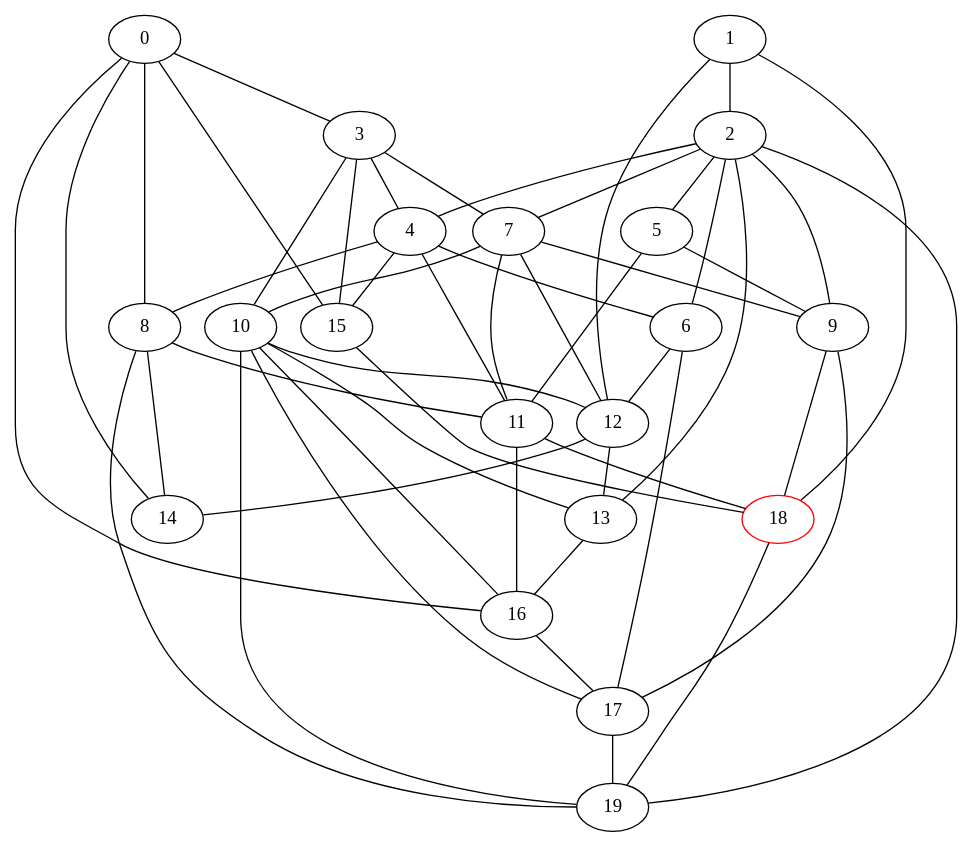
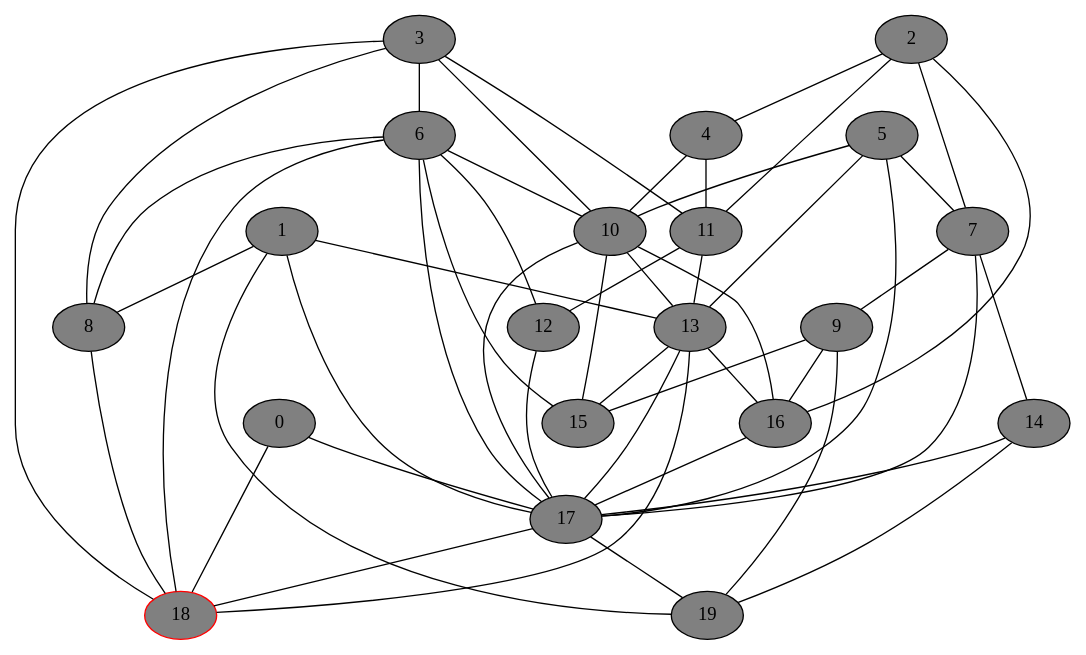
One commit to DSMishler/EBA_models changed the diagram in gv_graphs/nxt0493.dot. Above: the diagram before and after it, drawn with Graphviz. The commit also changed 1043 other files, not shown here.

Commit message:
second set of graphs

```diff
--- a/gv_graphs/nxt0493.dot
+++ b/gv_graphs/nxt0493.dot
@@ -1,74 +1,74 @@
 // network test graph
 digraph
 {
-	0 [fillcolor=gray,style=shaded,]
-	1 [fillcolor=gray,style=shaded,]
-	2 [fillcolor=gray,style=shaded,]
-	3 [fillcolor=gray,style=shaded,]
-	4 [fillcolor=gray,style=shaded,]
-	5 [fillcolor=gray,style=shaded,]
-	6 [fillcolor=gray,style=shaded,]
-	7 [fillcolor=gray,style=shaded,]
-	8 [fillcolor=gray,style=shaded,]
-	9 [fillcolor=gray,style=shaded,]
-	10 [fillcolor=gray,style=shaded,]
-	11 [fillcolor=gray,style=shaded,]
-	12 [fillcolor=gray,style=shaded,]
-	13 [fillcolor=gray,style=shaded,]
-	14 [fillcolor=gray,style=shaded,]
-	15 [fillcolor=gray,style=shaded,]
-	16 [fillcolor=gray,style=shaded,]
-	17 [fillcolor=gray,style=shaded,]
-	18 [fillcolor=gray,style=shaded,color=red,]
-	19 [fillcolor=gray,style=shaded,]
-	0 -> 3 [dir=none]
-	0 -> 8 [dir=none]
-	0 -> 14 [dir=none]
-	0 -> 15 [dir=none]
-	0 -> 16 [dir=none]
-	1 -> 2 [dir=none]
-	1 -> 12 [dir=none]
-	1 -> 18 [dir=none]
+	0 [fillcolor=gray,style=filled,]
+	1 [fillcolor=gray,style=filled,]
+	2 [fillcolor=gray,style=filled,]
+	3 [fillcolor=gray,style=filled,]
+	4 [fillcolor=gray,style=filled,]
+	5 [fillcolor=gray,style=filled,]
+	6 [fillcolor=gray,style=filled,]
+	7 [fillcolor=gray,style=filled,]
+	8 [fillcolor=gray,style=filled,]
+	9 [fillcolor=gray,style=filled,]
+	10 [fillcolor=gray,style=filled,]
+	11 [fillcolor=gray,style=filled,]
+	12 [fillcolor=gray,style=filled,]
+	13 [fillcolor=gray,style=filled,]
+	14 [fillcolor=gray,style=filled,]
+	15 [fillcolor=gray,style=filled,]
+	16 [fillcolor=gray,style=filled,]
+	17 [fillcolor=gray,style=filled,]
+	18 [fillcolor=gray,style=filled,color=red,]
+	19 [fillcolor=gray,style=filled,]
+	0 -> 17 [dir=none]
+	0 -> 18 [dir=none]
+	1 -> 8 [dir=none]
+	1 -> 13 [dir=none]
+	1 -> 17 [dir=none]
+	1 -> 19 [dir=none]
 	2 -> 4 [dir=none]
-	2 -> 5 [dir=none]
-	2 -> 6 [dir=none]
 	2 -> 7 [dir=none]
-	2 -> 9 [dir=none]
-	2 -> 13 [dir=none]
-	2 -> 19 [dir=none]
-	3 -> 4 [dir=none]
-	3 -> 7 [dir=none]
+	2 -> 11 [dir=none]
+	2 -> 16 [dir=none]
+	3 -> 6 [dir=none]
+	3 -> 8 [dir=none]
 	3 -> 10 [dir=none]
-	3 -> 15 [dir=none]
-	4 -> 6 [dir=none]
-	4 -> 8 [dir=none]
+	3 -> 11 [dir=none]
+	3 -> 18 [dir=none]
+	4 -> 10 [dir=none]
 	4 -> 11 [dir=none]
-	4 -> 15 [dir=none]
-	5 -> 9 [dir=none]
-	5 -> 11 [dir=none]
+	5 -> 7 [dir=none]
+	5 -> 10 [dir=none]
+	5 -> 13 [dir=none]
+	5 -> 17 [dir=none]
+	6 -> 8 [dir=none]
+	6 -> 10 [dir=none]
 	6 -> 12 [dir=none]
+	6 -> 15 [dir=none]
 	6 -> 17 [dir=none]
+	6 -> 18 [dir=none]
 	7 -> 9 [dir=none]
-	7 -> 10 [dir=none]
-	7 -> 11 [dir=none]
-	7 -> 12 [dir=none]
-	8 -> 11 [dir=none]
-	8 -> 14 [dir=none]
-	8 -> 19 [dir=none]
-	9 -> 17 [dir=none]
-	9 -> 18 [dir=none]
-	10 -> 12 [dir=none]
+	7 -> 14 [dir=none]
+	7 -> 17 [dir=none]
+	8 -> 18 [dir=none]
+	9 -> 15 [dir=none]
+	9 -> 16 [dir=none]
+	9 -> 19 [dir=none]
 	10 -> 13 [dir=none]
+	10 -> 15 [dir=none]
 	10 -> 16 [dir=none]
 	10 -> 17 [dir=none]
-	10 -> 19 [dir=none]
-	11 -> 16 [dir=none]
-	11 -> 18 [dir=none]
-	12 -> 13 [dir=none]
-	12 -> 14 [dir=none]
+	11 -> 12 [dir=none]
+	11 -> 13 [dir=none]
+	12 -> 17 [dir=none]
+	13 -> 15 [dir=none]
 	13 -> 16 [dir=none]
-	15 -> 18 [dir=none]
+	13 -> 17 [dir=none]
+	13 -> 18 [dir=none]
+	14 -> 17 [dir=none]
+	14 -> 19 [dir=none]
 	16 -> 17 [dir=none]
+	17 -> 18 [dir=none]
 	17 -> 19 [dir=none]
-	18 -> 19 [dir=none]
 }
```
